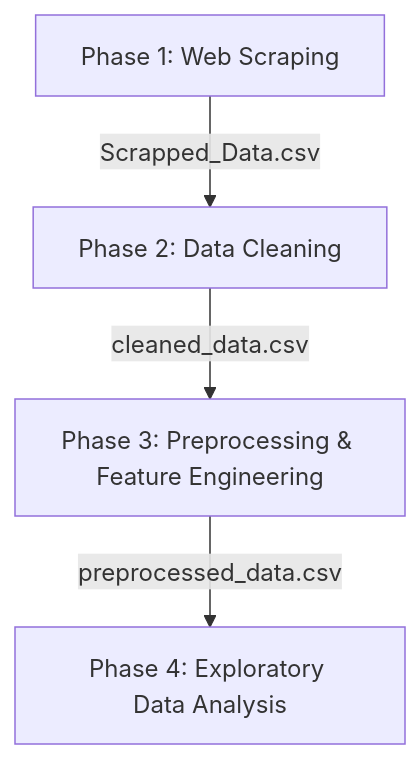
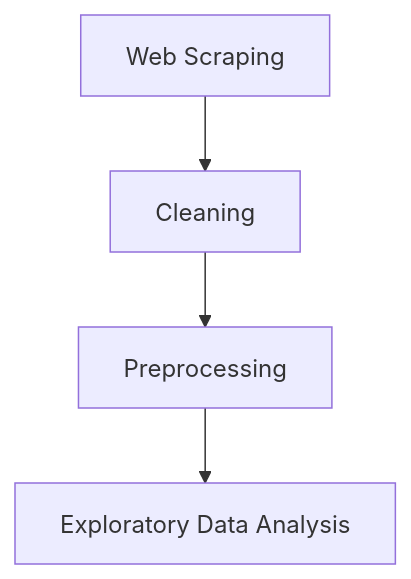
Before and after one commit to AmirAliAttiaAli/Estate-Miner: the diagram in README.md, drawn with Mermaid. The commit also changed other lines of this file, not shown here.

````diff
--- a/README.md
+++ b/README.md
@@ -11,6 +82,6 @@
 ```mermaid
 graph TD
-    A[Phase 1: Web Scraping] -->|Scrapped_Data.csv| B[Phase 2: Data Cleaning]
-    B -->|cleaned_data.csv| C[Phase 3: Preprocessing & Feature Engineering]
-    C -->|preprocessed_data.csv| D[Phase 4: Exploratory Data Analysis]
+    A[Web Scraping] --> B[Cleaning]
+    B --> C[Preprocessing]
+    C --> D[Exploratory Data Analysis]
 ```
````
